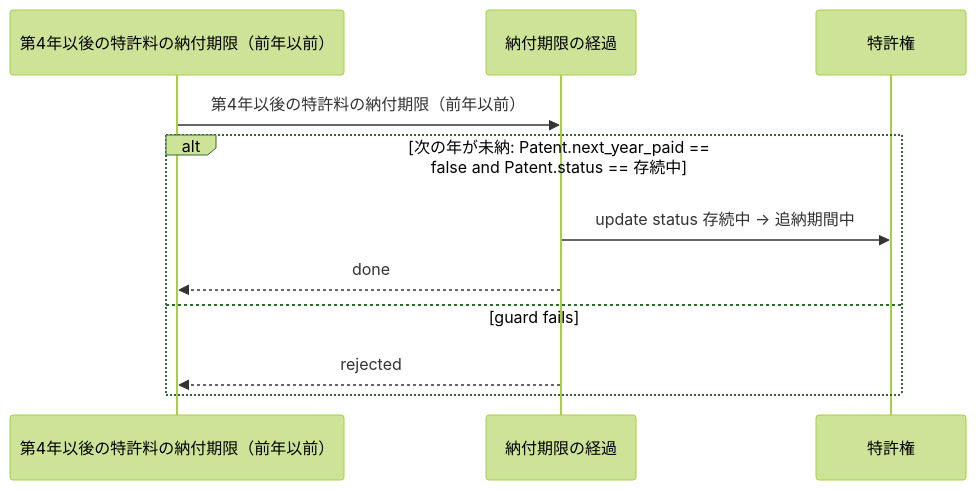
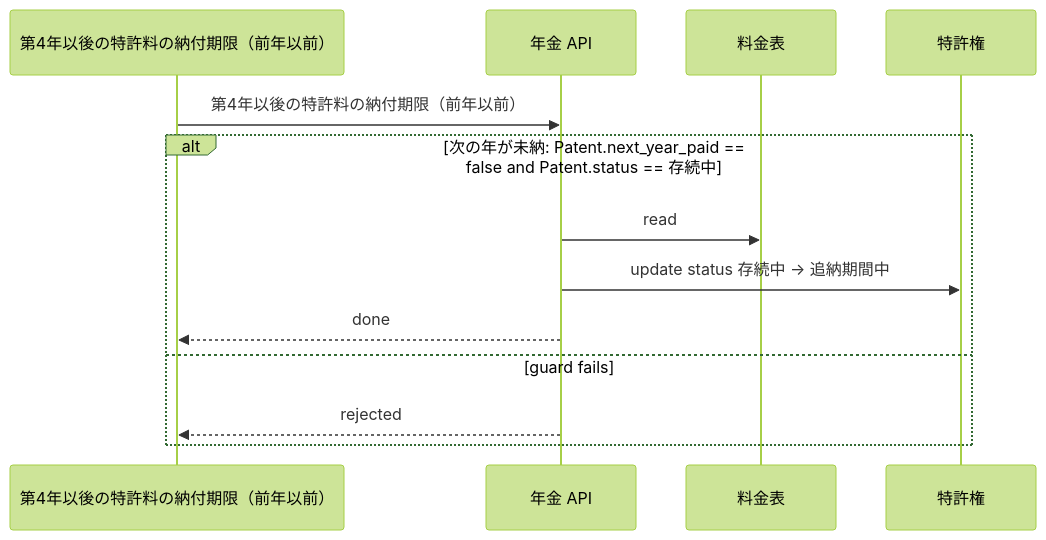
The diagram in samples/patent-ops/out/uc/sequence_EnterGracePeriod.mmd (manji-0/rdra-ish-dsl), drawn with Mermaid (forest theme) before and after one commit. The commit also changed 22 other files, not shown here.

```diff
--- a/samples/patent-ops/out/uc/sequence_EnterGracePeriod.mmd
+++ b/samples/patent-ops/out/uc/sequence_EnterGracePeriod.mmd
@@ -1,14 +1,16 @@
 %% rdra-ish diagram=sequence scope=usecase:EnterGracePeriod model=samples/patent-ops
-%% kinds: timer usecase entity
+%% kinds: timer api entity
 %% omitted: buc step condition
 sequenceDiagram
   participant timer__AnnuityDueDate as 第4年以後の特許料の納付期限（前年以前）
-  participant usecase__EnterGracePeriod as 納付期限の経過
+  participant api__AnnuityApi as 年金 API
+  participant entity__FeeSchedule as 料金表
   participant entity__Patent as 特許権
-  timer__AnnuityDueDate ->> usecase__EnterGracePeriod: 第4年以後の特許料の納付期限（前年以前）
+  timer__AnnuityDueDate ->> api__AnnuityApi: 第4年以後の特許料の納付期限（前年以前）
   alt 次の年が未納: Patent.next_year_paid == false and Patent.status == 存続中
-    usecase__EnterGracePeriod ->> entity__Patent: update status 存続中 -> 追納期間中
-    usecase__EnterGracePeriod -->> timer__AnnuityDueDate: done
+    api__AnnuityApi ->> entity__FeeSchedule: read
+    api__AnnuityApi ->> entity__Patent: update status 存続中 -> 追納期間中
+    api__AnnuityApi -->> timer__AnnuityDueDate: done
   else guard fails
-    usecase__EnterGracePeriod -->> timer__AnnuityDueDate: rejected
+    api__AnnuityApi -->> timer__AnnuityDueDate: rejected
   end
```
